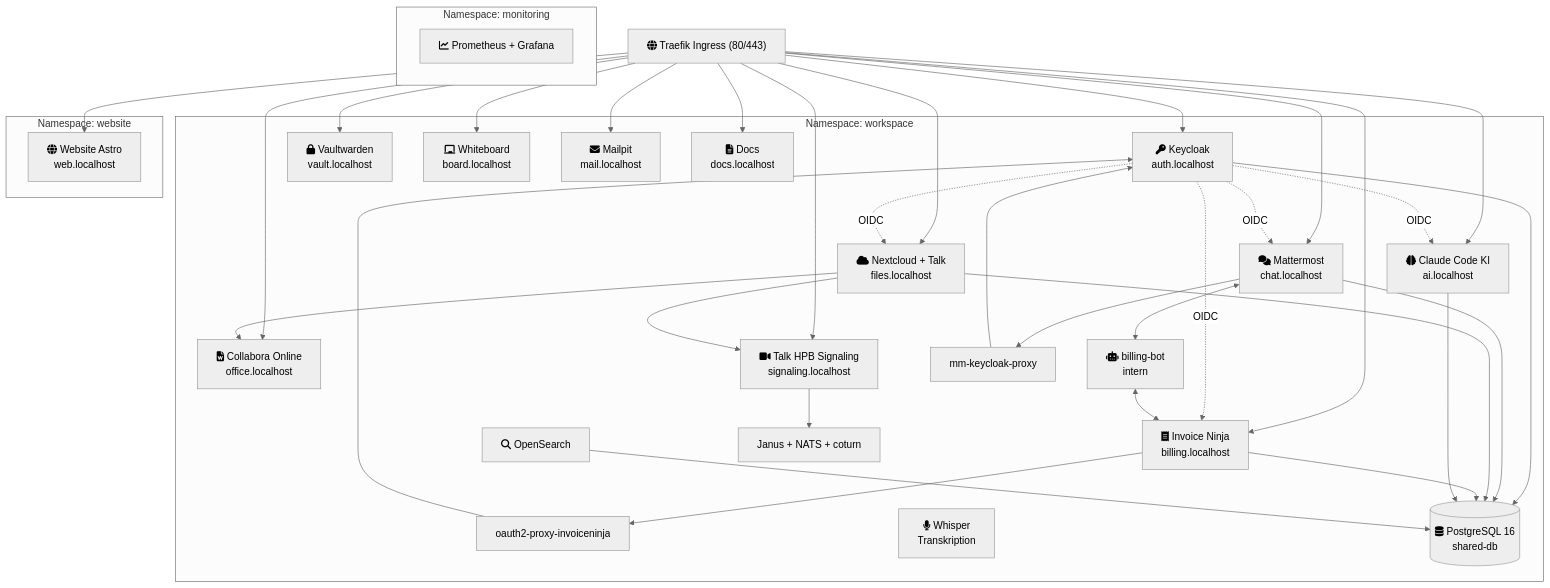
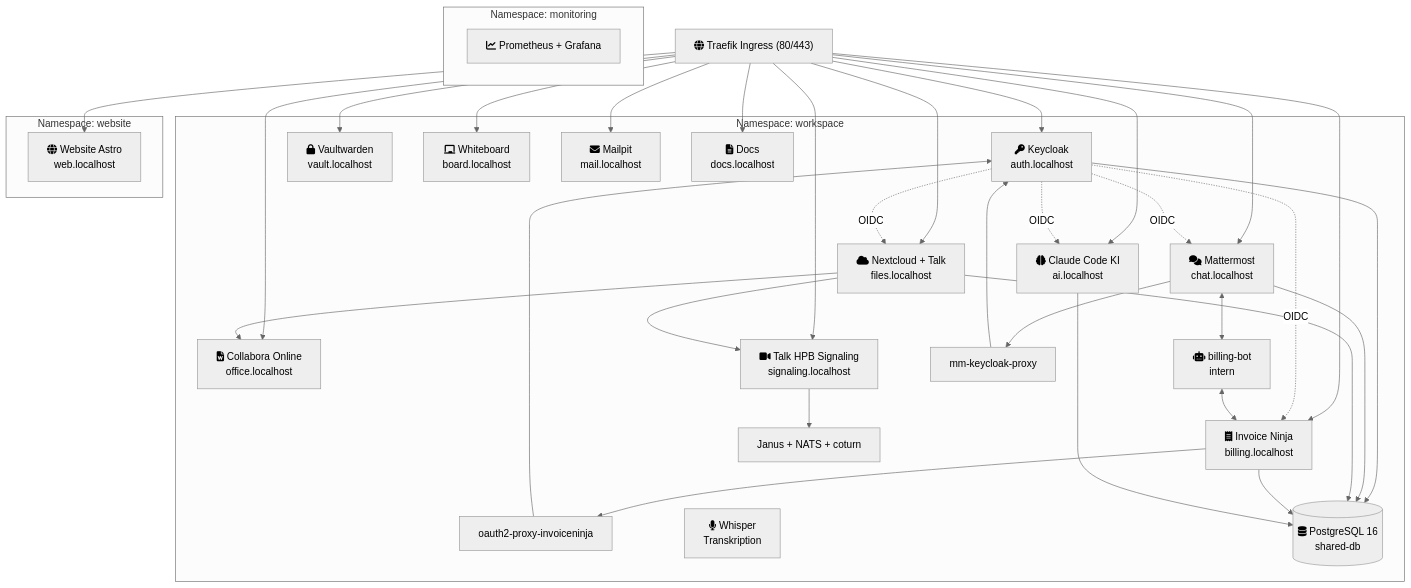
One commit to Paddione/Bachelorprojekt changed the diagram in CLAUDE.md. Above: the diagram before and after it, drawn with Mermaid (neutral theme). The commit also changed other lines of this file and 33 other files, not shown here.

First line of the commit message:
chore: remove OpenSearch and Outline, switch to PostgreSQL FTS

````diff
--- a/CLAUDE.md
+++ b/CLAUDE.md
@@ -129,45 +127,44 @@
 ```mermaid
 graph TB
     Traefik["fa:fa-globe Traefik Ingress (80/443)"]
 
     subgraph workspace ["Namespace: workspace"]
         KC["fa:fa-key Keycloak<br/>auth.localhost"]
         MM["fa:fa-comments Mattermost<br/>chat.localhost"]
         NC["fa:fa-cloud Nextcloud + Talk<br/>files.localhost"]
         CO["fa:fa-file-word Collabora Online<br/>office.localhost"]
         HPB["fa:fa-video Talk HPB Signaling<br/>signaling.localhost"]
         OC["fa:fa-brain Claude Code KI<br/>ai.localhost"]
         IN["fa:fa-receipt Invoice Ninja<br/>billing.localhost"]
         VW["fa:fa-lock Vaultwarden<br/>vault.localhost"]
         WB["fa:fa-chalkboard Whiteboard<br/>board.localhost"]
         MP["fa:fa-envelope Mailpit<br/>mail.localhost"]
-        OS["fa:fa-search OpenSearch"]
         DOCS["fa:fa-file-lines Docs<br/>docs.localhost"]
         BB["fa:fa-robot billing-bot<br/>intern"]
         PROXY[mm-keycloak-proxy]
         OAUTH[oauth2-proxy-invoiceninja]
         WHISPER["fa:fa-microphone Whisper<br/>Transkription"]
         JANUS[Janus + NATS + coturn]
         DB[("fa:fa-database PostgreSQL 16<br/>shared-db")]
     end
 
     subgraph website-ns ["Namespace: website"]
         WEB["fa:fa-globe Website Astro<br/>web.localhost"]
     end
 
     subgraph monitoring-ns ["Namespace: monitoring"]
         PROM["fa:fa-chart-line Prometheus + Grafana"]
     end
 
     Traefik --> KC & MM & NC & CO & HPB & OC & IN & VW & WB & MP & DOCS & WEB
 
     KC -. OIDC .-> MM & NC & IN & OC
     PROXY --> KC
     MM --> PROXY
     OAUTH --> KC
     IN --> OAUTH
     MM <--> BB <--> IN
     NC --> CO
     NC --> HPB --> JANUS
-    KC & MM & NC & IN & OC & OS --> DB
+    KC & MM & NC & IN & OC --> DB
 ```
````
